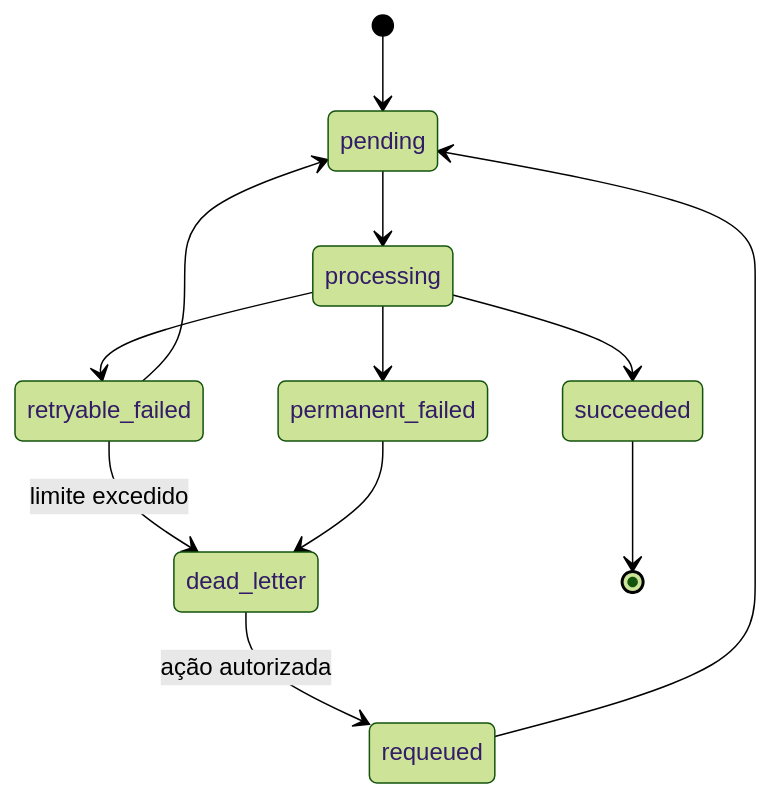
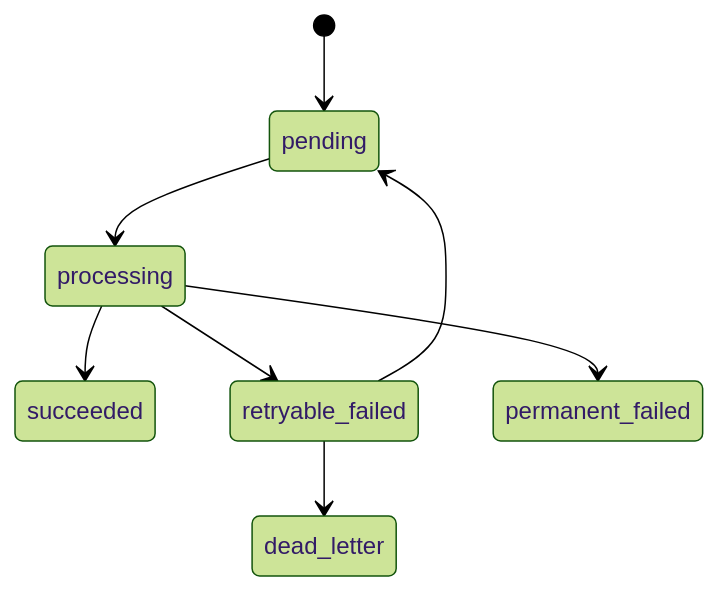
One commit to pablo-marchina/LMS-estimulo changed the tenth of 10 diagrams in docs/domain/LIFECYCLES_AND_STATE_MACHINES.md. Above: the diagram before and after it, drawn with Mermaid (forest theme). The commit also changed other lines of this file and 23 other files, not shown here.

````diff
--- a/docs/domain/LIFECYCLES_AND_STATE_MACHINES.md
+++ b/docs/domain/LIFECYCLES_AND_STATE_MACHINES.md
@@ -269,14 +157,10 @@
 ```mermaid
 stateDiagram-v2
     [*] --> pending
     pending --> processing
     processing --> succeeded
     processing --> retryable_failed
     retryable_failed --> pending
     processing --> permanent_failed
-    retryable_failed --> dead_letter: limite excedido
-    succeeded --> [*]
-    permanent_failed --> dead_letter
-    dead_letter --> requeued: ação autorizada
-    requeued --> pending
+    retryable_failed --> dead_letter
 ```
````
